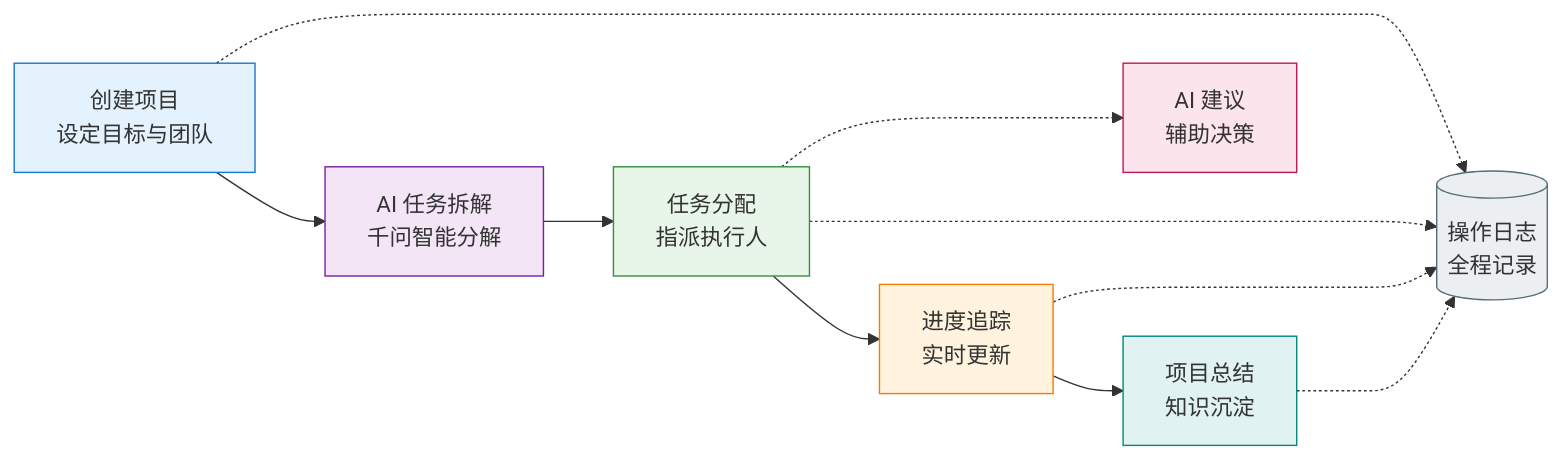
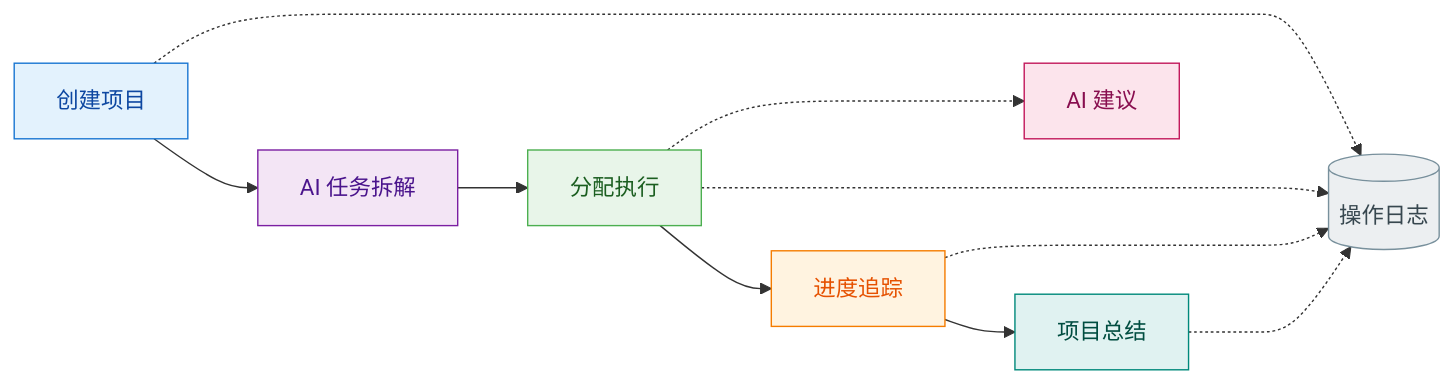
Before and after one commit to Ravier-Xring/FlowSync: the second of 2 diagrams in README.md, drawn with Mermaid. The commit also changed other lines of this file, not shown here.

Commit message:
docs: 简化 README，修复 Mermaid 渲染问题，提升可读性

````diff
--- a/README.md
+++ b/README.md
@@ -60,21 +45,21 @@
 ```mermaid
 graph LR
-    A[创建项目<br/>设定目标与团队] --> B[AI 任务拆解<br/>千问智能分解]
-    B --> C[任务分配<br/>指派执行人]
-    C --> D[进度追踪<br/>实时更新]
-    D --> E[项目总结<br/>知识沉淀]
+    A[创建项目] --> B[AI 任务拆解]
+    B --> C[分配执行]
+    C --> D[进度追踪]
+    D --> E[项目总结]
 
-    C -..-> F[AI 建议<br/>辅助决策]
-    A -..-> G[(操作日志<br/>全程记录)]
+    C -..-> F[AI 建议]
+    A -..-> G[(操作日志)]
     C -..-> G
     D -..-> G
     E -..-> G
 
-    style A fill:#e3f2fd,stroke:#1976d2
-    style B fill:#f3e5f5,stroke:#7b1fa2
-    style C fill:#e8f5e9,stroke:#388e3c
-    style D fill:#fff3e0,stroke:#f57c00
-    style E fill:#e0f2f1,stroke:#00897b
-    style F fill:#fce4ec,stroke:#c2185b
-    style G fill:#eceff1,stroke:#546e7a
+    style A fill:#e3f2fd,stroke:#1976d2,color:#0d47a1
+    style B fill:#f3e5f5,stroke:#7b1fa2,color:#4a148c
+    style C fill:#e8f5e9,stroke:#4caf50,color:#1b5e20
+    style D fill:#fff3e0,stroke:#f57c00,color:#e65100
+    style E fill:#e0f2f1,stroke:#00897b,color:#004d40
+    style F fill:#fce4ec,stroke:#c2185b,color:#880e4f
+    style G fill:#eceff1,stroke:#78909c,color:#37474f
 ```
````
